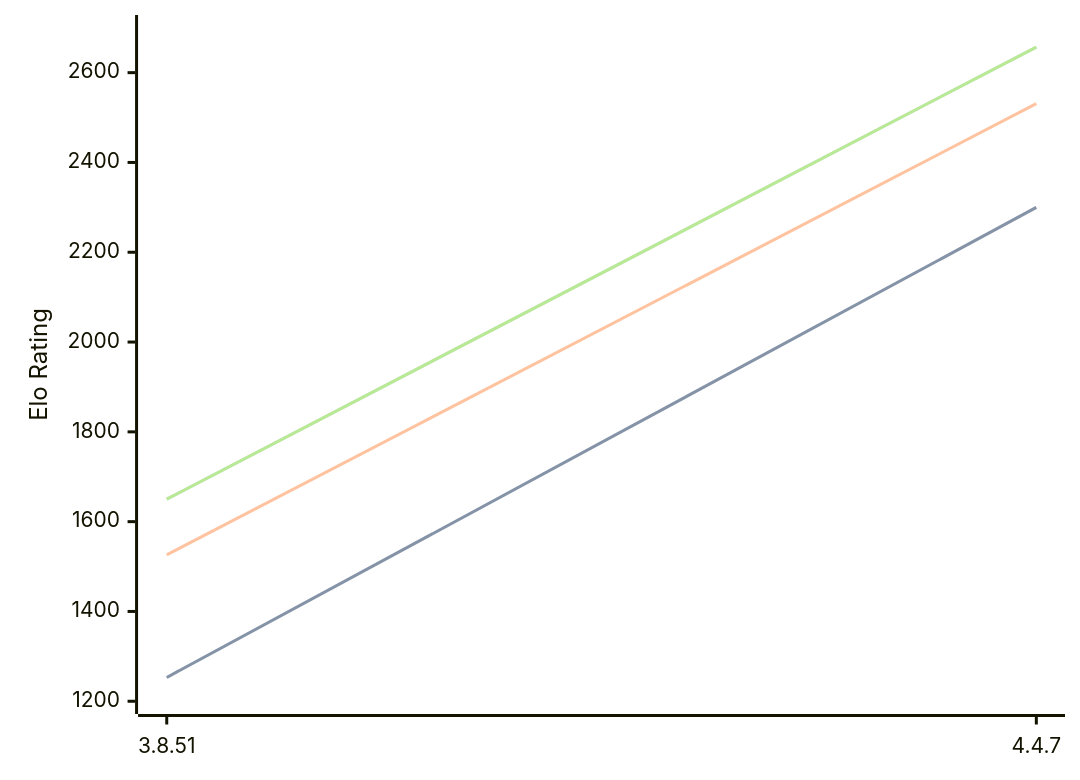
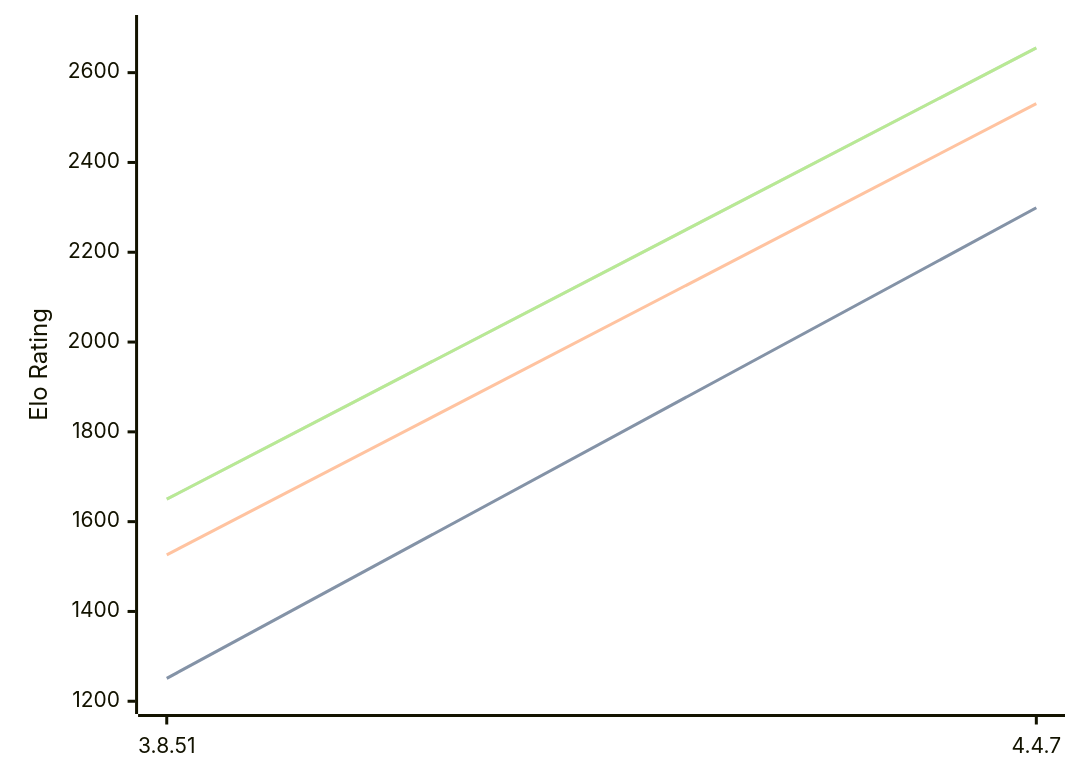
One commit to computer-chess-index/cci changed the diagram in engines/Scoria.md. Above: the diagram before and after it, drawn with Mermaid. The commit also changed other lines of this file, not shown here.

Commit message:
Update CCI Ratings (ELO VLTC) - 2026-09-15

````diff
--- a/engines/Scoria.md
+++ b/engines/Scoria.md
@@ -32,11 +32,11 @@
 ```mermaid
 %%{init: {"theme":"base","themeVariables":{"seriesColors:['#a3a3a3','#222221','#faa371']}}}%%
 xychart-beta
   x-axis ["3.8.51", "4.4.7"]
   y-axis "Elo Rating" 1200 --> 2700
-  line "" [1253, 2300]
-  line "STC (8.0+0.08s)" [1253, 2300]
+  line "" [1251, 2299]
+  line "STC (8.0+0.08s)" [1251, 2299]
   line "LTC (60.0+0.60s)" [1526, 2531]
-  line "" [1650, 2657]
-  line "VLTC (2m24s+1.12s)" [1650, 2657]
+  line "" [1650, 2655]
+  line "VLTC (2m24s+1.12s)" [1650, 2655]
 ```
````
